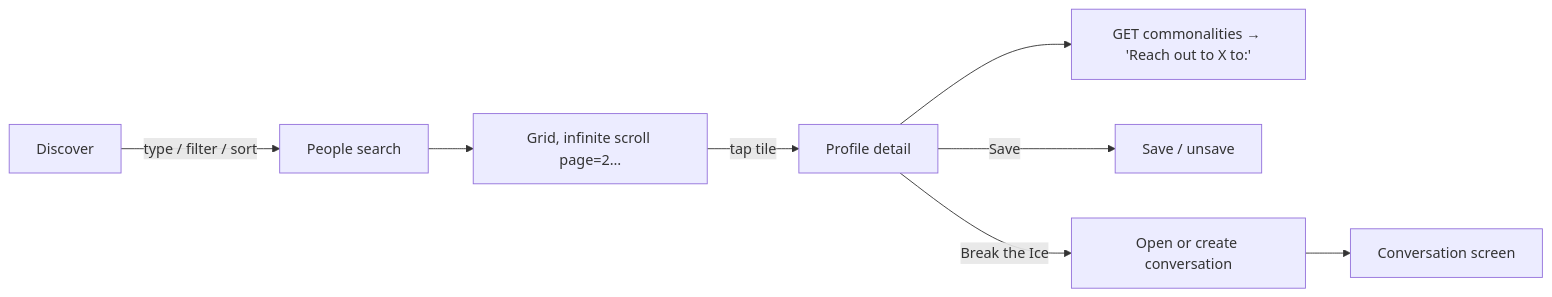
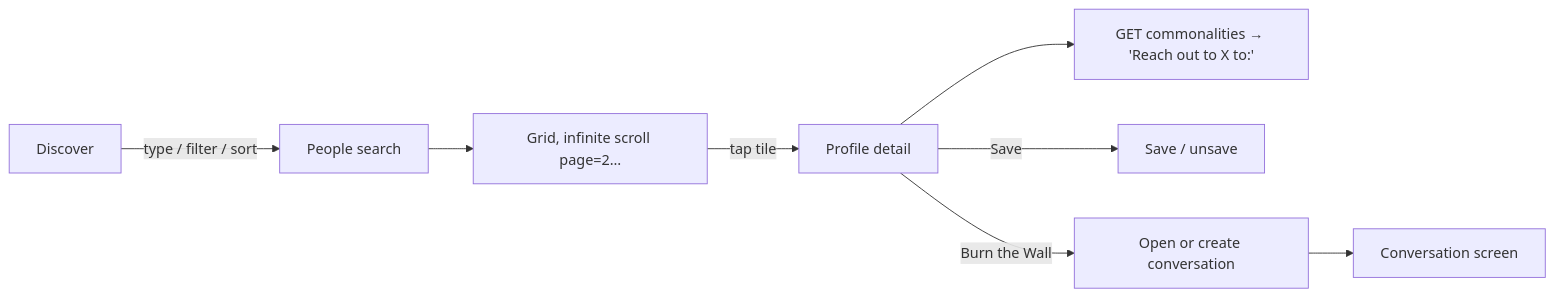
The third of 5 diagrams in docs/user-flows.md (itsrog97/ice-breaker-unofficial-app), drawn with Mermaid before and after one commit. The commit also changed other lines of this file and 64 other files, not shown here.

First line of the commit message:
Rebrand to Connectoo and add fiery "Burn the Wall" button (v1.1.0)

````diff
--- a/docs/user-flows.md
+++ b/docs/user-flows.md
@@ -34,10 +34,10 @@
 ```mermaid
 flowchart LR
   D[Discover] -->|type / filter / sort| Q[People search]
   Q --> G[Grid, infinite scroll page=2…]
   G -->|tap tile| P[Profile detail]
   P --> C[GET commonalities → 'Reach out to X to:']
   P -->|Save| S[Save / unsave]
-  P -->|Break the Ice| B[Open or create conversation]
+  P -->|Burn the Wall| B[Open or create conversation]
   B --> CV[Conversation screen]
 ```
````
